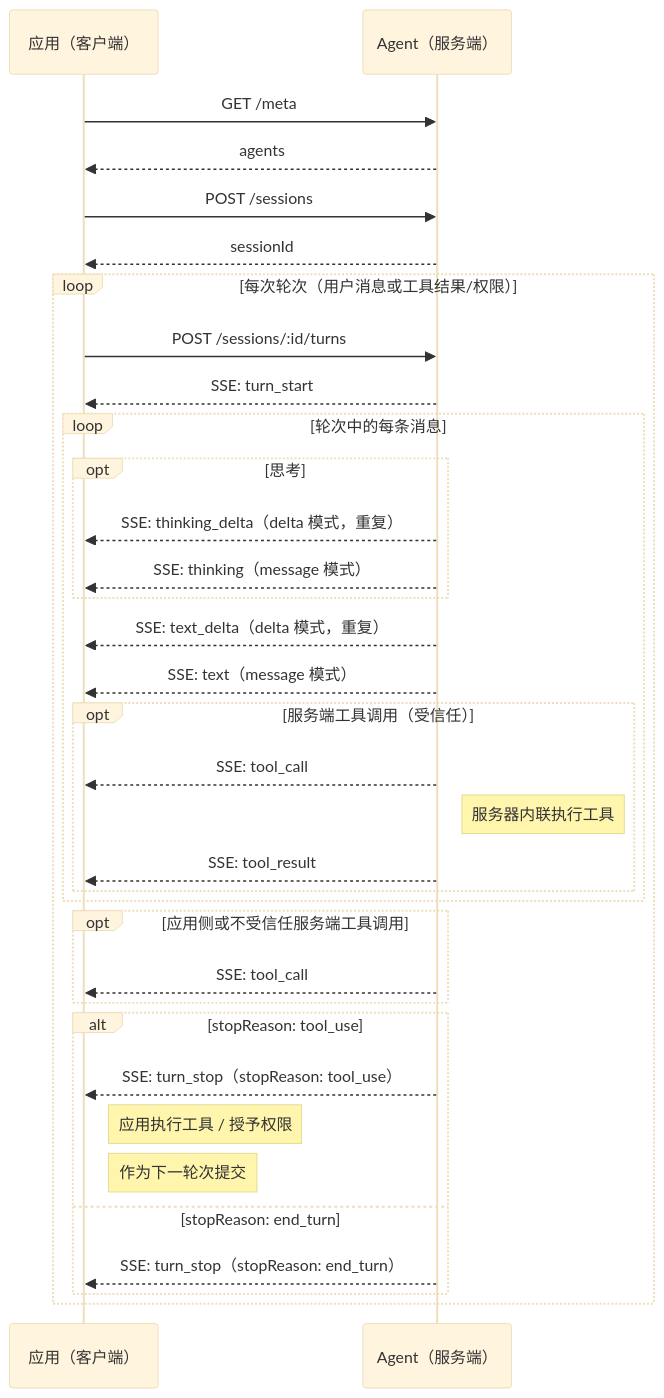
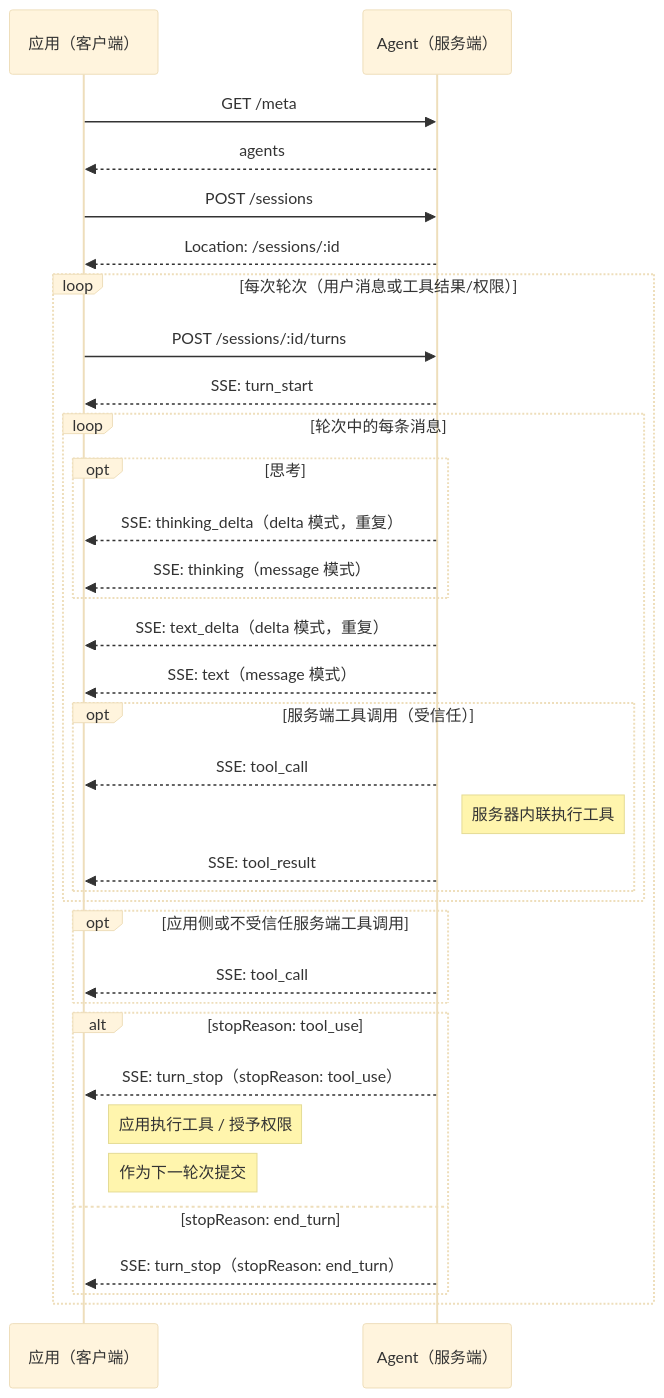
One commit to agentapplicationprotocol/agent-application-protocol changed the diagram in docs/zh/response.md. Above: the diagram before and after it, drawn with Mermaid (base theme). The commit also changed other lines of this file and 15 other files, not shown here.

````diff
--- a/docs/zh/response.md
+++ b/docs/zh/response.md
@@ -141,39 +143,39 @@
 ```mermaid
 sequenceDiagram
     participant App as 应用（客户端）
     participant Agent as Agent（服务端）
 
     App->>Agent: GET /meta
     Agent-->>App: agents
 
     App->>Agent: POST /sessions
-    Agent-->>App: sessionId
+    Agent-->>App: Location: /sessions/:id
 
     loop 每次轮次（用户消息或工具结果/权限）
         App->>Agent: POST /sessions/:id/turns
         Agent-->>App: SSE: turn_start
         loop 轮次中的每条消息
             opt 思考
                 Agent-->>App: SSE: thinking_delta（delta 模式，重复）
                 Agent-->>App: SSE: thinking（message 模式）
             end
             Agent-->>App: SSE: text_delta（delta 模式，重复）
             Agent-->>App: SSE: text（message 模式）
             opt 服务端工具调用（受信任）
                 Agent-->>App: SSE: tool_call
                 Note right of Agent: 服务器内联执行工具
                 Agent-->>App: SSE: tool_result
             end
         end
         opt 应用侧或不受信任服务端工具调用
             Agent-->>App: SSE: tool_call
         end
         alt stopReason: tool_use
             Agent-->>App: SSE: turn_stop（stopReason: tool_use）
             Note right of App: 应用执行工具 / 授予权限
             Note right of App: 作为下一轮次提交
         else stopReason: end_turn
             Agent-->>App: SSE: turn_stop（stopReason: end_turn）
         end
     end
 ```
````
